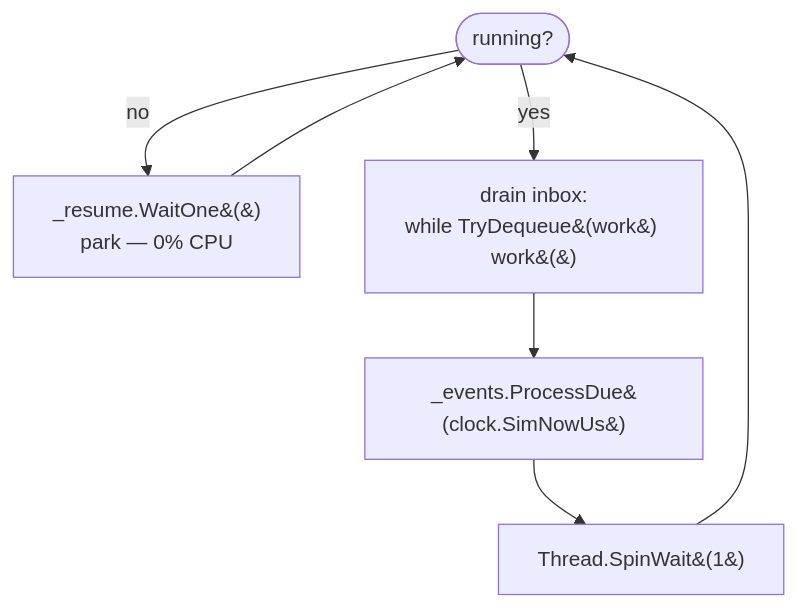
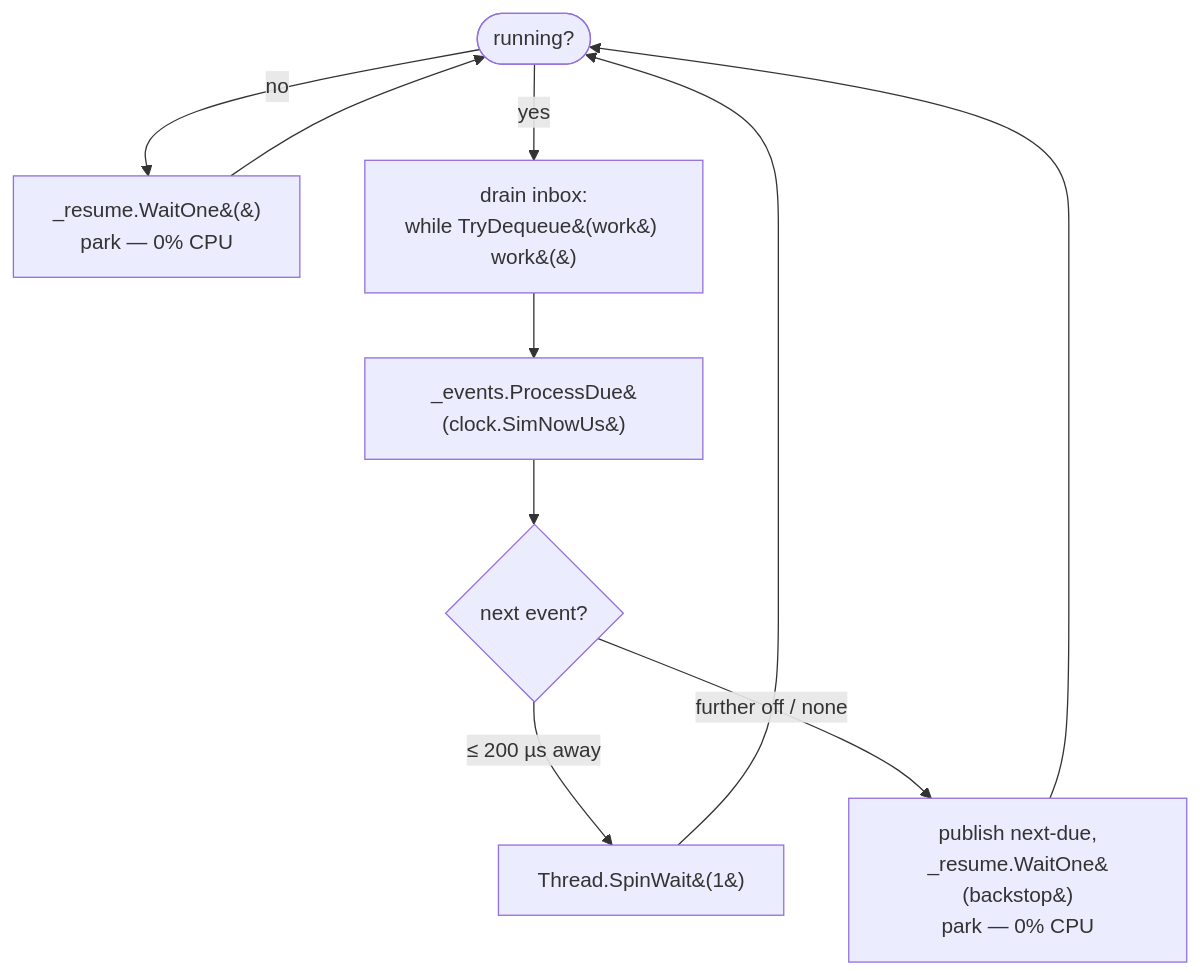
Before and after one commit to SimulaSharp-org/simulasharp-docs: the second of 6 diagrams in public/content/simsites-and-actors.md, drawn with Mermaid. The commit also changed other lines of this file and 5 other files, not shown here.

````diff
--- a/public/content/simsites-and-actors.md
+++ b/public/content/simsites-and-actors.md
@@ -46,9 +48,10 @@
 ```mermaid
 flowchart TB
   START([running?]) -->|no| PARK["_resume.WaitOne&#40;&#41;<br/>park — 0% CPU"]
   PARK --> START
   START -->|yes| DRAIN["drain inbox:<br/>while TryDequeue&#40;work&#41; work&#40;&#41;"]
   DRAIN --> PROC["_events.ProcessDue&#40;clock.SimNowUs&#41;"]
-  PROC --> SPIN["Thread.SpinWait&#40;1&#41;"]
-  SPIN --> START
+  PROC --> NEXT{"next event?"}
+  NEXT -->|"≤ 200 µs away"| SPIN["Thread.SpinWait&#40;1&#41;"] --> START
+  NEXT -->|"further off / none"| IDLE["publish next-due,<br/>_resume.WaitOne&#40;backstop&#41;<br/>park — 0% CPU"] --> START
 ```
````
